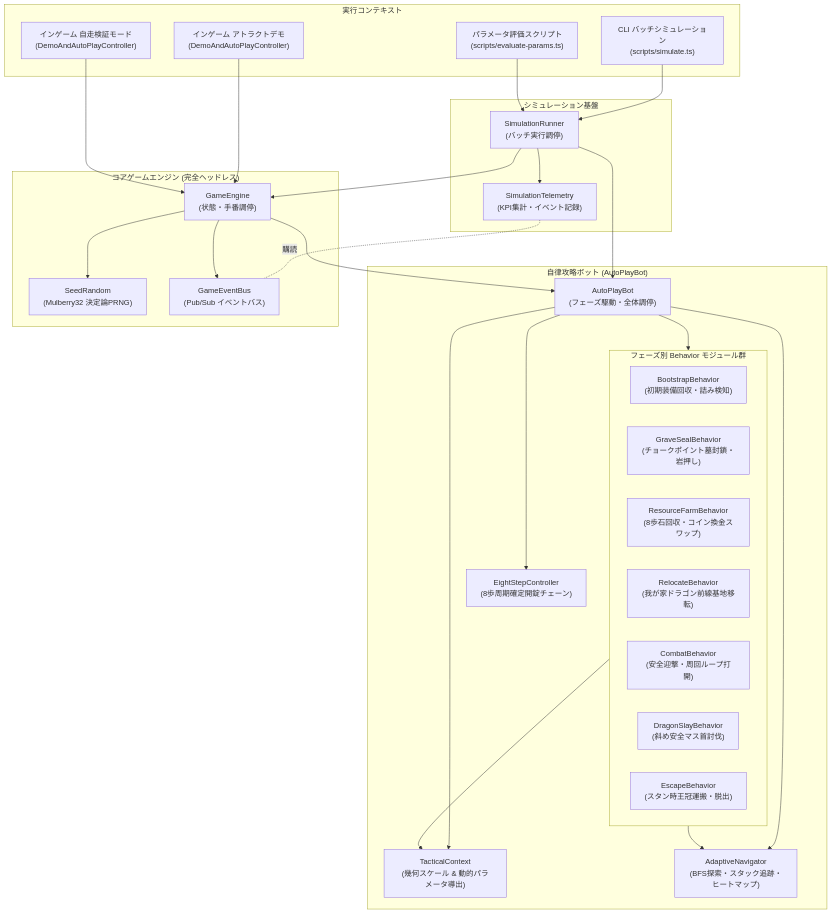
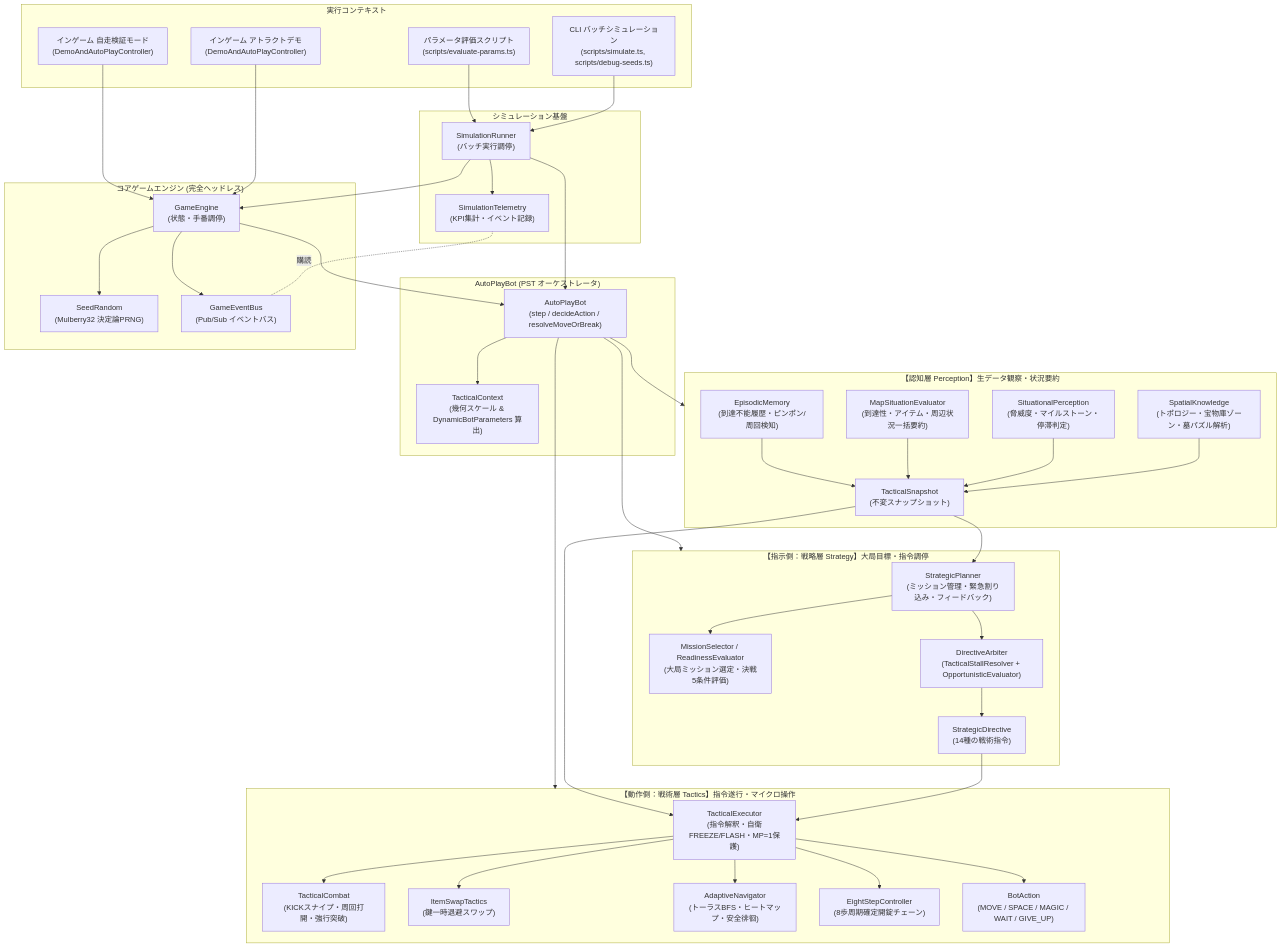
One commit to e3sh/ds1 changed the first of 2 diagrams in docs/autoplay_and_simulation_spec.md. Above: the diagram before and after it, drawn with Mermaid. The commit also changed other lines of this file and 3 other files, not shown here.

````diff
--- a/docs/autoplay_and_simulation_spec.md
+++ b/docs/autoplay_and_simulation_spec.md
@@ -79,58 +25,80 @@
 ```mermaid
-graph TD
+flowchart TD
     subgraph Execution_Contexts ["実行コンテキスト"]
-        CLI["CLI バッチシミュレーション<br>(scripts/simulate.ts)"]
+        CLI["CLI バッチシミュレーション<br>(scripts/simulate.ts, scripts/debug-seeds.ts)"]
         PARAM["パラメータ評価スクリプト<br>(scripts/evaluate-params.ts)"]
         DEMO["インゲーム アトラクトデモ<br>(DemoAndAutoPlayController)"]
         VERIFY["インゲーム 自走検証モード<br>(DemoAndAutoPlayController)"]
     end
 
-    subgraph Bot_Core ["自律攻略ボット (AutoPlayBot)"]
-        Bot["AutoPlayBot<br>(フェーズ駆動・全体調停)"]
-        Context["TacticalContext<br>(幾何スケール & 動的パラメータ導出)"]
-        Nav["AdaptiveNavigator<br>(BFS探索・スタック追跡・ヒートマップ)"]
-        EightStep["EightStepController<br>(8歩周期確定開錠チェーン)"]
-
-        subgraph Behaviors ["フェーズ別 Behavior モジュール群"]
-            B_Boot["BootstrapBehavior<br>(初期装備回収・詰み検知)"]
-            B_Grave["GraveSealBehavior<br>(チョークポイント墓封鎖・岩押し)"]
-            B_Farm["ResourceFarmBehavior<br>(8歩石回収・コイン換金スワップ)"]
-            B_Reloc["RelocateBehavior<br>(我が家ドラゴン前線基地移転)"]
-            B_Combat["CombatBehavior<br>(安全迎撃・周回ループ打開)"]
-            B_Slay["DragonSlayBehavior<br>(斜め安全マス首討伐)"]
-            B_Escape["EscapeBehavior<br>(スタン時王冠運搬・脱出)"]
-        end
-
-        Bot --> Context
-        Bot --> Nav
-        Bot --> EightStep
-        Bot --> Behaviors
-        Behaviors --> Nav
-        Behaviors --> Context
-    end
-
     subgraph Simulation_Layer ["シミュレーション基盤"]
         Runner["SimulationRunner<br>(バッチ実行調停)"]
         Telemetry["SimulationTelemetry<br>(KPI集計・イベント記録)"]
+    end
+
+    subgraph Bot_Orchestrator ["AutoPlayBot (PST オーケストレータ)"]
+        Bot["AutoPlayBot<br>(step / decideAction / resolveMoveOrBreak)"]
+        PARAMS["TacticalContext<br>(幾何スケール & DynamicBotParameters 算出)"]
+    end
+
+    subgraph Perception_Layer ["【認知層 Perception】生データ観察・状況要約"]
+        SK["SpatialKnowledge<br>(トポロジー・宝物庫ゾーン・墓パズル解析)"]
+        SP["SituationalPerception<br>(脅威度・マイルストーン・停滞判定)"]
+        MSE["MapSituationEvaluator<br>(到達性・アイテム・周辺状況一括要約)"]
+        EM["EpisodicMemory<br>(到達不能履歴・ピンポン/周回検知)"]
+        TS["TacticalSnapshot<br>(不変スナップショット)"]
+        SK --> TS
+        SP --> TS
+        MSE --> TS
+        EM --> TS
+    end
+
+    subgraph Strategy_Layer ["【指示側：戦略層 Strategy】大局目標・指令調停"]
+        SP_Plan["StrategicPlanner<br>(ミッション管理・緊急割り込み・フィードバック)"]
+        MS["MissionSelector / ReadinessEvaluator<br>(大局ミッション選定・決戦5条件評価)"]
+        DA["DirectiveArbiter<br>(TacticalStallResolver + OpportunisticEvaluator)"]
+        DIR["StrategicDirective<br>(14種の戦術指令)"]
+        TS --> SP_Plan
+        SP_Plan --> MS
+        SP_Plan --> DA
+        DA --> DIR
+    end
+
+    subgraph Tactics_Layer ["【動作側：戦術層 Tactics】指令遂行・マイクロ操作"]
+        TE["TacticalExecutor<br>(指令解釈・自衛FREEZE/FLASH・MP=1保護)"]
+        TC["TacticalCombat<br>(KICKスナイプ・周回打開・強行突破)"]
+        SWAP["ItemSwapTactics<br>(鍵一時退避スワップ)"]
+        NAV["AdaptiveNavigator<br>(トーラスBFS・ヒートマップ・安全徘徊)"]
+        EightStep["EightStepController<br>(8歩周期確定開錠チェーン)"]
+        ACTION["BotAction<br>(MOVE / SPACE / MAGIC / WAIT / GIVE_UP)"]
+        DIR --> TE
+        TS --> TE
+        TE --> TC
+        TE --> SWAP
+        TE --> NAV
+        TE --> EightStep
+        TE --> ACTION
     end
 
     subgraph Core_Engine ["コアゲームエンジン (完全ヘッドレス)"]
         Engine["GameEngine<br>(状態・手番調停)"]
         RNG["SeedRandom<br>(Mulberry32 決定論PRNG)"]
         Bus["GameEventBus<br>(Pub/Sub イベントバス)"]
     end
 
     CLI --> Runner
     PARAM --> Runner
     Runner --> Bot
     Runner --> Telemetry
     Runner --> Engine
-
     DEMO --> Engine
     VERIFY --> Engine
     Engine --> Bot
-
+    Bot --> PARAMS
+    Bot --> Perception_Layer
+    Bot --> Strategy_Layer
+    Bot --> Tactics_Layer
     Telemetry -.購読.- Bus
     Engine --> Bus
     Engine --> RNG
 ```
````
